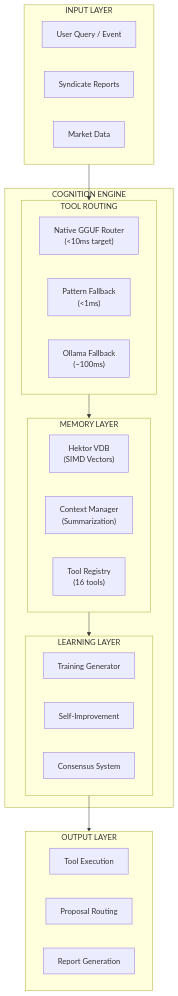
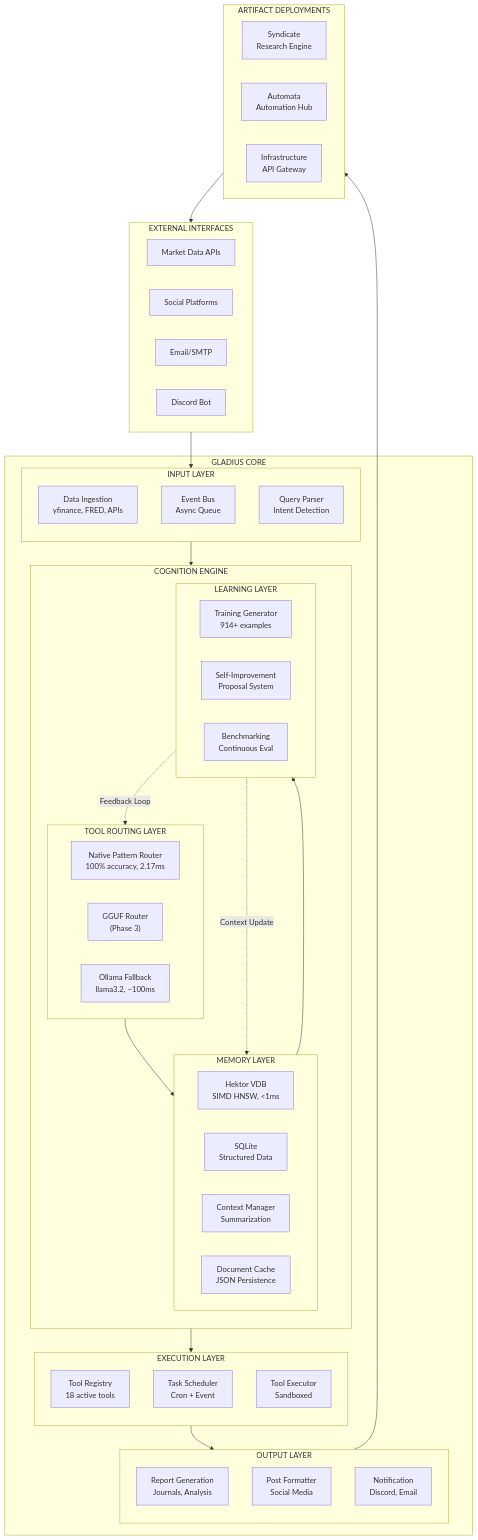
One commit to Artifact-Virtual/GLADIUS changed the first of 6 diagrams in MODEL.md. Above: the diagram before and after it, drawn with Mermaid. The commit also changed other lines of this file and 9 other files, not shown here.

````diff
--- a/MODEL.md
+++ b/MODEL.md
@@ -54,39 +89,74 @@
 ```mermaid
 flowchart TD
-    subgraph INPUT [INPUT LAYER]
-        UserQuery["User Query / Event"]
-        SyndicateOutput["Syndicate Reports"]
-        MarketData["Market Data"]
+    subgraph EXTERNAL [EXTERNAL INTERFACES]
+        direction LR
+        Markets["Market Data APIs"]
+        Social["Social Platforms"]
+        Email["Email/SMTP"]
+        Discord["Discord Bot"]
     end
 
-    subgraph COGNITION [COGNITION ENGINE]
-        subgraph ROUTING [TOOL ROUTING]
-            NativeRouter["Native GGUF Router<br/>(&lt;10ms target)"]
-            PatternFallback["Pattern Fallback<br/>(&lt;1ms)"]
-            OllamaFallback["Ollama Fallback<br/>(~100ms)"]
+    subgraph GLADIUS [GLADIUS CORE]
+        subgraph INPUT [INPUT LAYER]
+            direction TB
+            DataIngestion["Data Ingestion<br/>yfinance, FRED, APIs"]
+            EventBus["Event Bus<br/>Async Queue"]
+            QueryParser["Query Parser<br/>Intent Detection"]
         end
-        
-        subgraph MEMORY [MEMORY LAYER]
-            HektorVDB["Hektor VDB<br/>(SIMD Vectors)"]
-            ContextMgr["Context Manager<br/>(Summarization)"]
-            ToolRegistry["Tool Registry<br/>(16 tools)"]
+
+        subgraph COGNITION [COGNITION ENGINE]
+            direction TB
+            subgraph ROUTING [TOOL ROUTING LAYER]
+                NativeRouter["Native Pattern Router<br/>100% accuracy, 2.17ms"]
+                GGUFRouter["GGUF Router<br/>(Phase 3)"]
+                OllamaFallback["Ollama Fallback<br/>llama3.2, ~100ms"]
+            end
+            
+            subgraph MEMORY [MEMORY LAYER]
+                HektorVDB["Hektor VDB<br/>SIMD HNSW, <1ms"]
+                SQLite["SQLite<br/>Structured Data"]
+                ContextMgr["Context Manager<br/>Summarization"]
+                DocCache["Document Cache<br/>JSON Persistence"]
+            end
+            
+            subgraph LEARNING [LEARNING LAYER]
+                TrainingGen["Training Generator<br/>914+ examples"]
+                SelfImprove["Self-Improvement<br/>Proposal System"]
+                Benchmark["Benchmarking<br/>Continuous Eval"]
+            end
         end
-        
-        subgraph LEARNING [LEARNING LAYER]
-            TrainingGen["Training Generator"]
-            SelfImprove["Self-Improvement"]
-            Consensus["Consensus System"]
+
+        subgraph EXECUTION [EXECUTION LAYER]
+            direction TB
+            ToolRegistry["Tool Registry<br/>18 active tools"]
+            Scheduler["Task Scheduler<br/>Cron + Event"]
+            Executor["Tool Executor<br/>Sandboxed"]
+        end
+
+        subgraph OUTPUT [OUTPUT LAYER]
+            direction TB
+            ReportGen["Report Generation<br/>Journals, Analysis"]
+            PostFormatter["Post Formatter<br/>Social Media"]
+            Notifier["Notification<br/>Discord, Email"]
         end
     end
 
-    subgraph OUTPUT [OUTPUT LAYER]
-        ToolExecution["Tool Execution"]
-        ProposalRoute["Proposal Routing"]
-        ReportGeneration["Report Generation"]
+    subgraph ARTIFACTS [ARTIFACT DEPLOYMENTS]
+        direction LR
+        Syndicate["Syndicate<br/>Research Engine"]
+        Automata["Automata<br/>Automation Hub"]
+        Infra["Infrastructure<br/>API Gateway"]
     end
 
+    EXTERNAL --> INPUT
     INPUT --> ROUTING
     ROUTING --> MEMORY
     MEMORY --> LEARNING
-    LEARNING --> OUTPUT
+    LEARNING --> EXECUTION
+    EXECUTION --> OUTPUT
+    OUTPUT --> ARTIFACTS
+    ARTIFACTS --> EXTERNAL
+
+    LEARNING -.->|"Feedback Loop"| ROUTING
+    LEARNING -.->|"Context Update"| MEMORY
 ```
````
